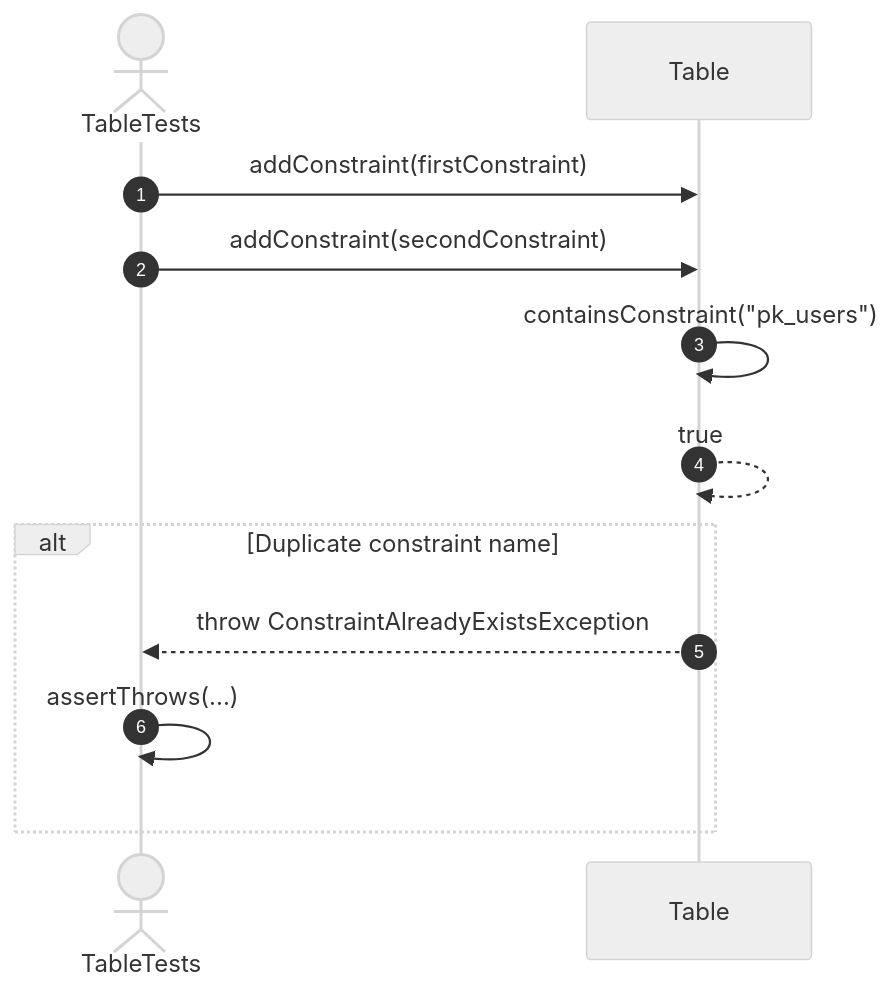
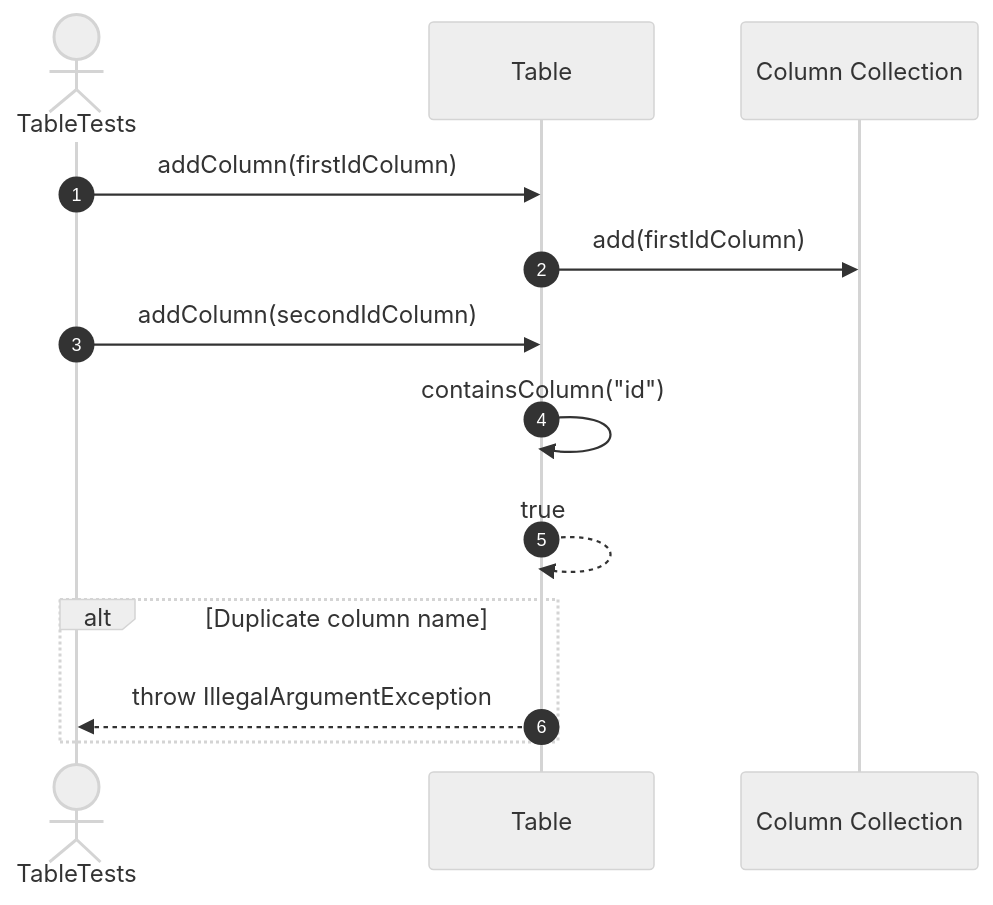
Diagram 16 of 53 in src/tests/unit/metadata/sequences/tables-testing.se.md (FhuAnn/-bbv-AN-s-DBMS), drawn with Mermaid (neutral theme) before and after one commit. The commit also changed other lines of this file and 7 other files, not shown here.

Commit message:
table and row run test successfully

````diff
--- a/src/tests/unit/metadata/sequences/tables-testing.se.md
+++ b/src/tests/unit/metadata/sequences/tables-testing.se.md
@@ -288,16 +269,16 @@
 ```mermaid
 sequenceDiagram
     autonumber
     actor Test as TableTests
     participant Table as Table
+    participant Columns as Column Collection
 
-    Test->>Table: addConstraint(firstConstraint)
-    Test->>Table: addConstraint(secondConstraint)
-    Table->>Table: containsConstraint("pk_users")
+    Test->>Table: addColumn(firstIdColumn)
+    Table->>Columns: add(firstIdColumn)
+    Test->>Table: addColumn(secondIdColumn)
+    Table->>Table: containsColumn("id")
     Table-->>Table: true
-
-    alt Duplicate constraint name
-        Table-->>Test: throw ConstraintAlreadyExistsException
-        Test->>Test: assertThrows(...)
+    alt Duplicate column name
+    Table-->>Test: throw IllegalArgumentException
     end
 ```
````
